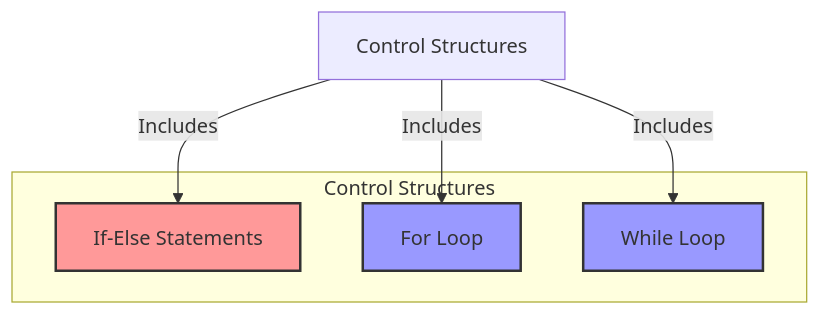
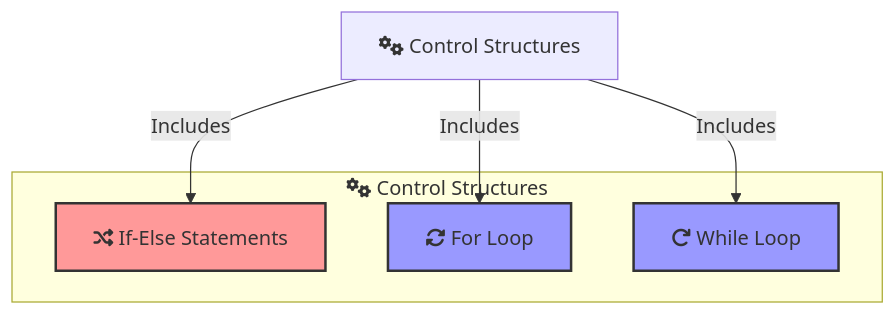
Before and after one commit to kelvin-bz/blog: the seventh of 33 diagrams in _posts/2024-07-09-introduction-to-solidity.md, drawn with Mermaid. The commit also changed other lines of this file, not shown here.

````diff
--- a/_posts/2024-07-09-introduction-to-solidity.md
+++ b/_posts/2024-07-09-introduction-to-solidity.md
@@ -512,24 +511,20 @@
 ```mermaid
 graph TB
-    controlStructures["Control Structures"]
-    ifElseStatements["If-Else Statements"]
-    forLoop["For Loop"]
-    whileLoop["While Loop"]
+    classDef conditional fill:#ff9999,stroke:#333,stroke-width:2px;
+    classDef loop fill:#9999ff,stroke:#333,stroke-width:2px;
+
+    controlStructures["fa:fa-cogs Control Structures"]
+    ifElseStatements["fa:fa-random If-Else Statements"]:::conditional
+    forLoop["fa:fa-sync-alt For Loop"]:::loop
+    whileLoop["fa:fa-redo While Loop"]:::loop
 
     controlStructures -->|Includes| ifElseStatements
     controlStructures -->|Includes| forLoop
     controlStructures -->|Includes| whileLoop
 
-    subgraph controlStructuresDescription["Control Structures"]
+    subgraph controlStructuresDescription["fa:fa-cogs Control Structures"]
         ifElseStatements
         forLoop
         whileLoop
     end
-
-    classDef conditional fill:#ff9999,stroke:#333,stroke-width:2px;
-    classDef loop fill:#9999ff,stroke:#333,stroke-width:2px;
-
-    ifElseStatements:::conditional
-    forLoop:::loop
-    whileLoop:::loop
 ```
````
